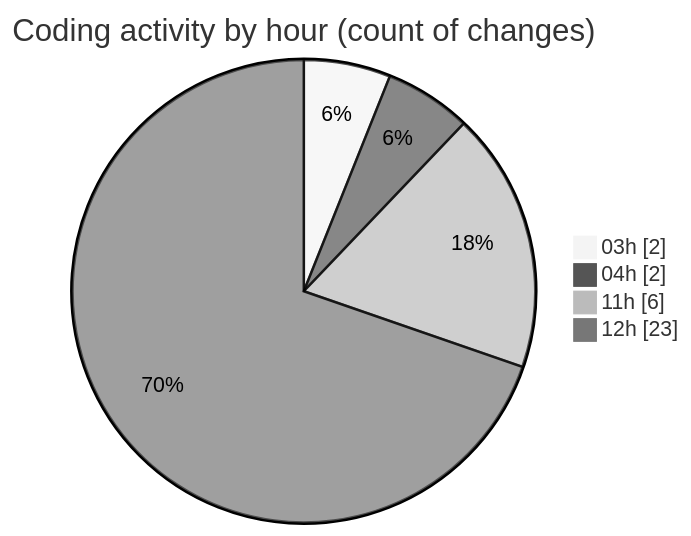
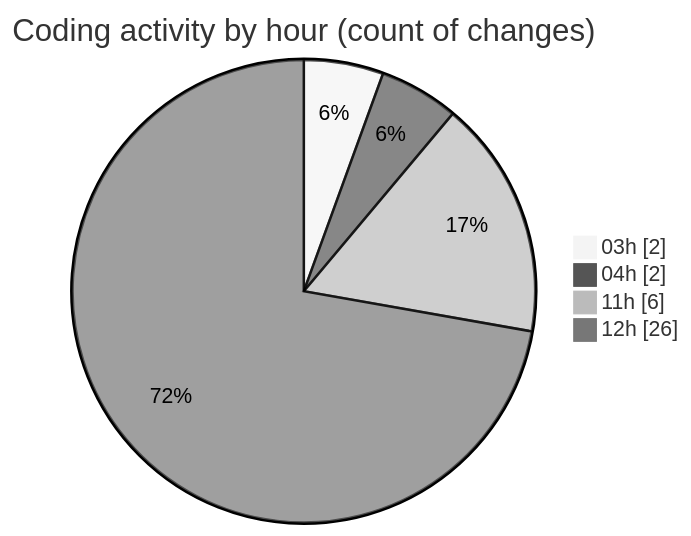
The second of 2 diagrams in 2025-07-04/cursor/README.md (FelipKnott/code-tracking), drawn with Mermaid (neutral theme) before and after one commit. The commit also changed other lines of this file and 1 other file, not shown here.

````diff
--- a/2025-07-04/cursor/README.md
+++ b/2025-07-04/cursor/README.md
@@ -44,8 +44,8 @@
 ```mermaid
 pie showData
 title Coding activity by hour (count of changes)
 "03h" : 2
 "04h" : 2
 "11h" : 6
-"12h" : 23
+"12h" : 26
 ```
````
